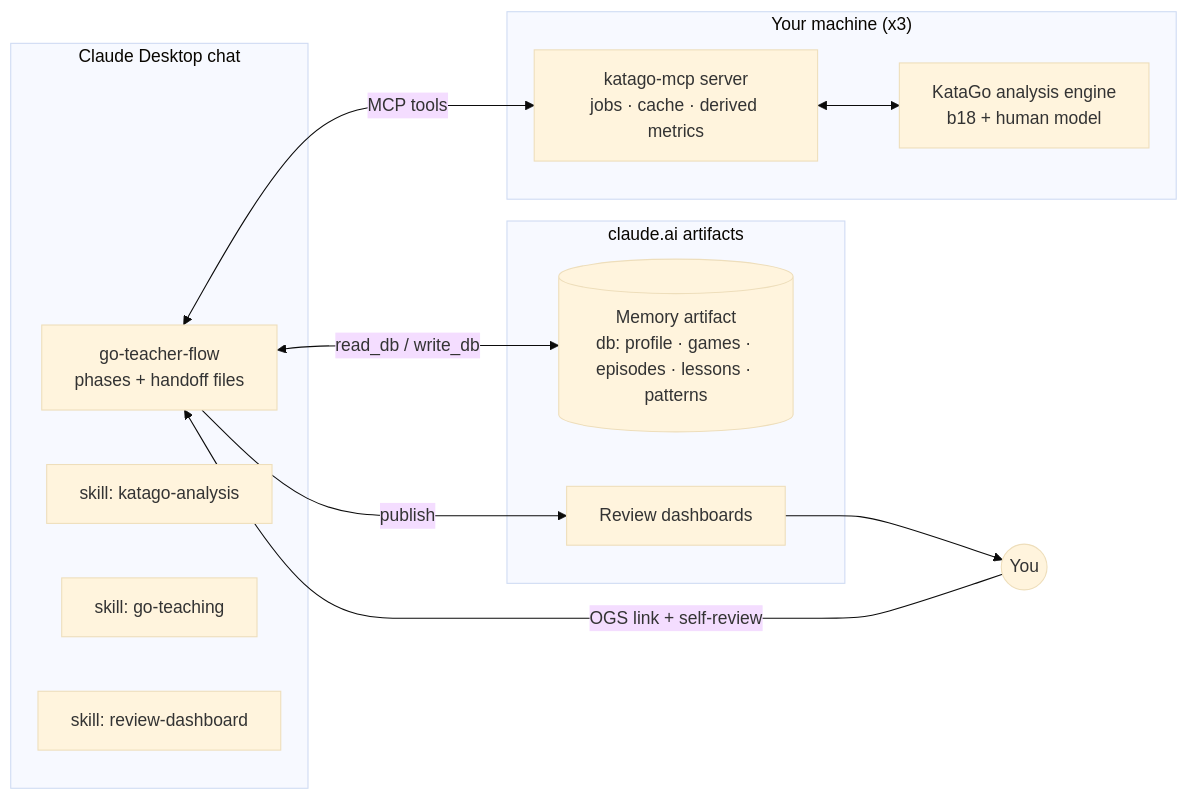
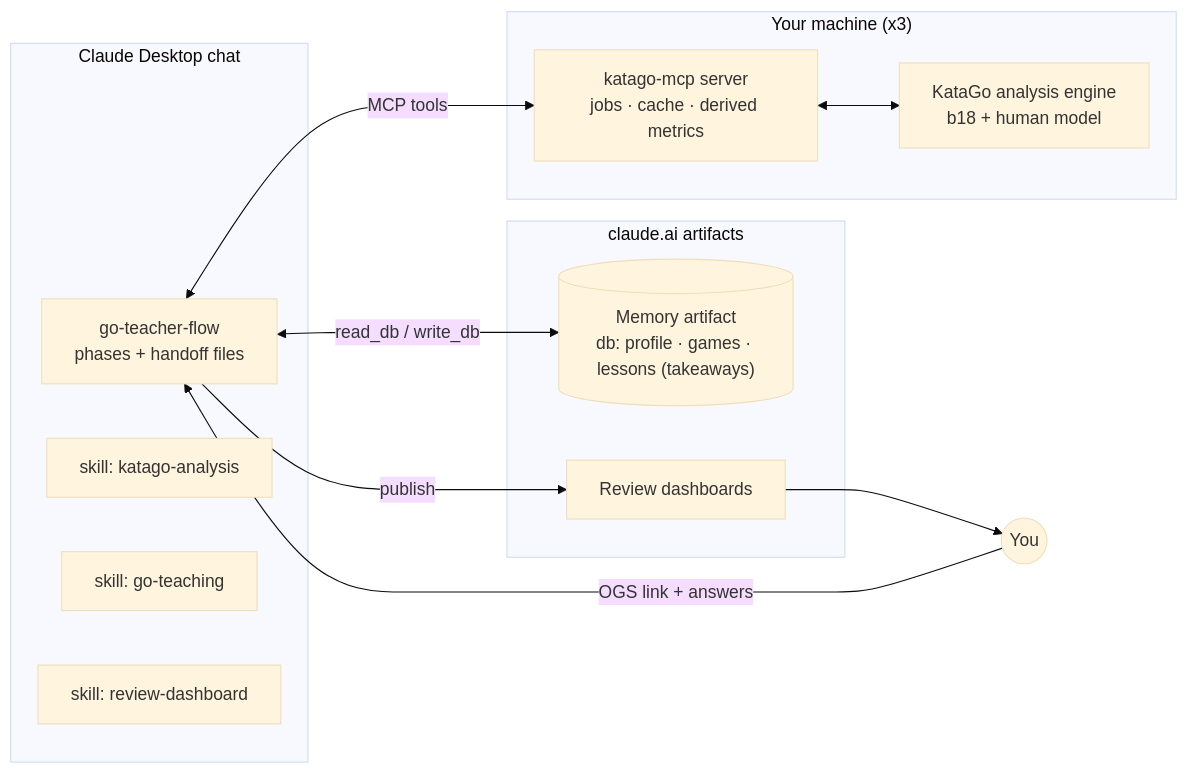
One commit to VexedPanda888/Go-Teacher changed the diagram in docs/plan.md. Above: the diagram before and after it, drawn with Mermaid (base theme). The commit also changed other lines of this file and 38 other files, not shown here.

````diff
--- a/docs/plan.md
+++ b/docs/plan.md
@@ -57,23 +58,23 @@
 ```mermaid
 flowchart LR
   subgraph Machine["Your machine (x3)"]
     KG["KataGo analysis engine<br/>b18 + human model"]
     MCP["katago-mcp server<br/>jobs · cache · derived metrics"]
     MCP <--> KG
   end
   subgraph Claude["Claude Desktop chat"]
     PI["go-teacher-flow<br/>phases + handoff files"]
     S1["skill: katago-analysis"]
     S2["skill: go-teaching"]
     S3["skill: review-dashboard"]
   end
   subgraph Cloud["claude.ai artifacts"]
-    MEM[("Memory artifact<br/>db: profile · games · episodes · lessons · patterns")]
+    MEM[("Memory artifact<br/>db: profile · games · lessons (takeaways)")]
     DASH["Review dashboards"]
   end
-  You((You)) -->|OGS link + self-review| PI
+  You((You)) -->|OGS link + answers| PI
   PI <-->|MCP tools| MCP
   PI <-->|read_db / write_db| MEM
   PI -->|publish| DASH
   DASH --> You
 ```
````
